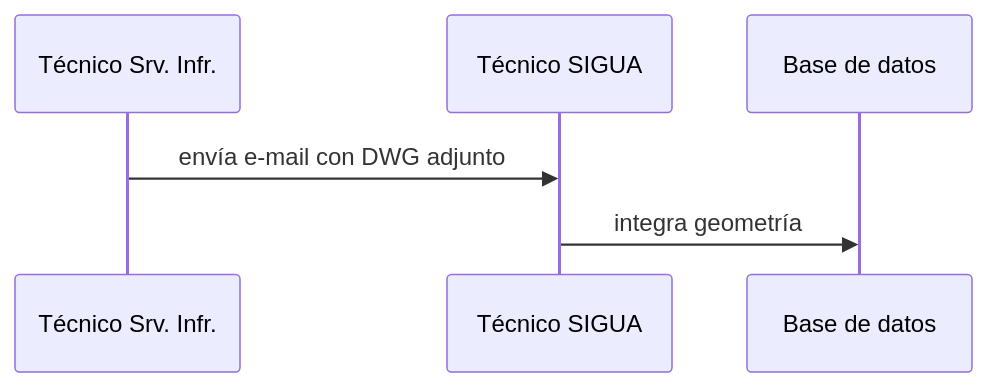
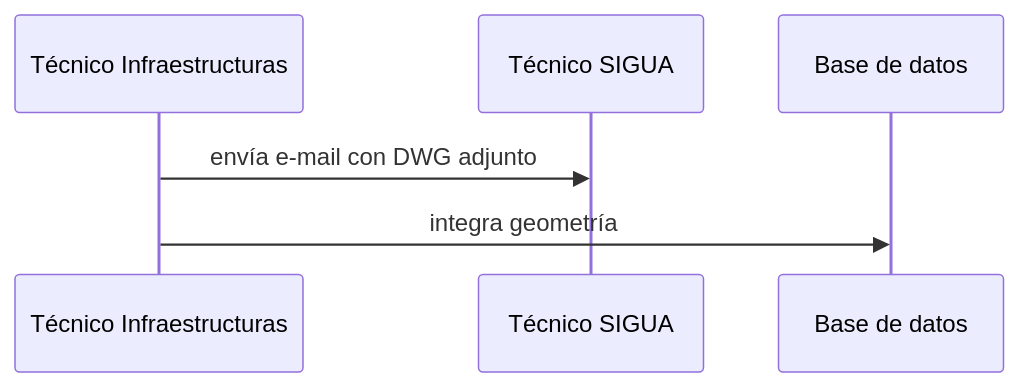
Before and after one commit to labgeo/ua-mods: the diagram in ds01.md, drawn with Mermaid.

```diff
--- a/ds01.md
+++ b/ds01.md
@@ -5,5 +5,5 @@
 {% mermaid %}
 sequenceDiagram;
-  Técnico Srv. Infr.->>Técnico SIGUA: envía e-mail con DWG adjunto;
-  Técnico SIGUA->>Base de datos: integra geometría;
+  Técnico Infraestructuras->>Técnico SIGUA: envía e-mail con DWG adjunto;
+  Técnico Infraestructuras->>Base de datos: integra geometría;
 {% endmermaid %}
```
